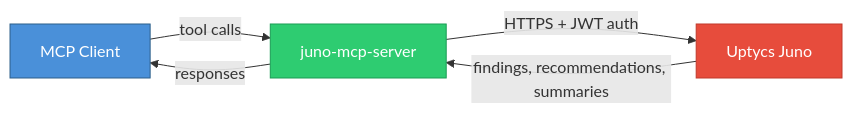
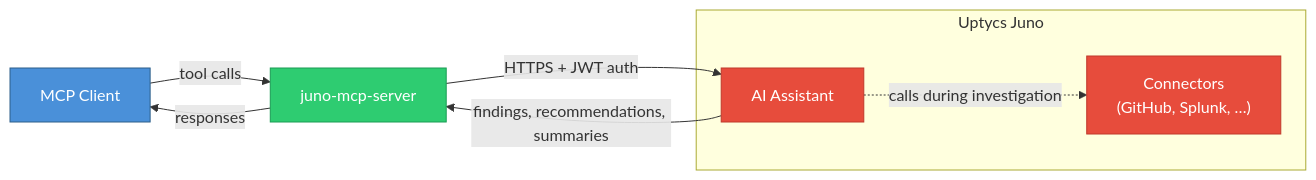
Before and after one commit to uptycslabs/juno-mcp-server: the diagram in README.md, drawn with Mermaid. The commit also changed other lines of this file and 2 other files, not shown here.

First line of the commit message:
add connectors support to juno-mcp-server

````diff
--- a/README.md
+++ b/README.md
@@ -19,15 +21,21 @@
 ```mermaid
 flowchart LR
     Client["MCP Client"]
     Server["juno-mcp-server"]
-    Juno["Uptycs Juno"]
+
+    subgraph UptycsJuno["Uptycs Juno"]
+        Juno["AI Assistant"]
+        Connectors["Connectors<br/>(GitHub, Splunk, …)"]
+        Juno -. "calls during investigation" .-> Connectors
+    end
 
     Client -- "tool calls" --> Server
     Server -- "responses" --> Client
     Server -- "HTTPS + JWT auth" --> Juno
     Juno -- "findings, recommendations, summaries" --> Server
 
     style Client fill:#4a90d9,stroke:#2c5f8a,color:#fff
     style Server fill:#2ecc71,stroke:#1a9c54,color:#fff
     style Juno fill:#e74c3c,stroke:#c0392b,color:#fff
+    style Connectors fill:#e74c3c,stroke:#c0392b,color:#fff
 ```
````
